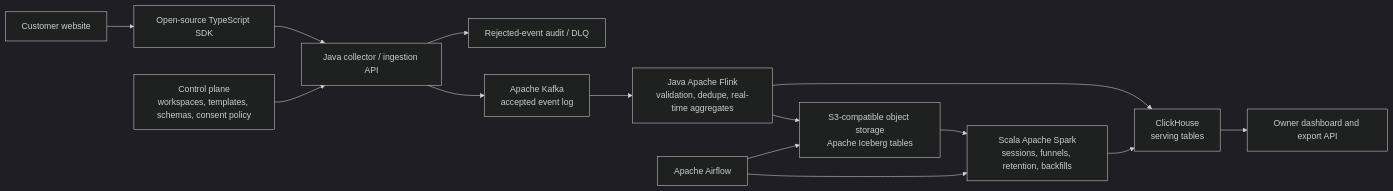
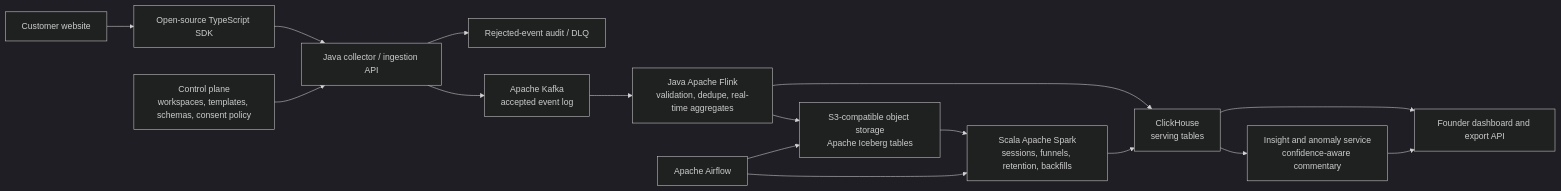
Before and after one commit to yvetteYSY/funnel-proof: the diagram in docs/product-and-architecture-design.md, drawn with Mermaid (dark theme). The commit also changed other lines of this file, not shown here.

````diff
--- a/docs/product-and-architecture-design.md
+++ b/docs/product-and-architecture-design.md
@@ -162,16 +192,18 @@
 ```mermaid
 flowchart LR
   Site["Customer website"] --> SDK["Open-source TypeScript SDK"]
   SDK --> Collector["Java collector / ingestion API"]
   Control["Control plane\nworkspaces, templates, schemas, consent policy"] --> Collector
   Collector --> Kafka["Apache Kafka\naccepted event log"]
   Collector --> DLQ["Rejected-event audit / DLQ"]
   Kafka --> Flink["Java Apache Flink\nvalidation, dedupe, real-time aggregates"]
   Flink --> Lake["S3-compatible object storage\nApache Iceberg tables"]
   Lake --> Spark["Scala Apache Spark\nsessions, funnels, retention, backfills"]
   Spark --> MPP["ClickHouse\nserving tables"]
   Flink --> MPP
   Airflow["Apache Airflow"] --> Spark
   Airflow --> Lake
-  MPP --> Dashboard["Owner dashboard and export API"]
+  MPP --> Insight["Insight and anomaly service\nconfidence-aware commentary"]
+  Insight --> Dashboard["Founder dashboard and export API"]
+  MPP --> Dashboard
 ```
````
